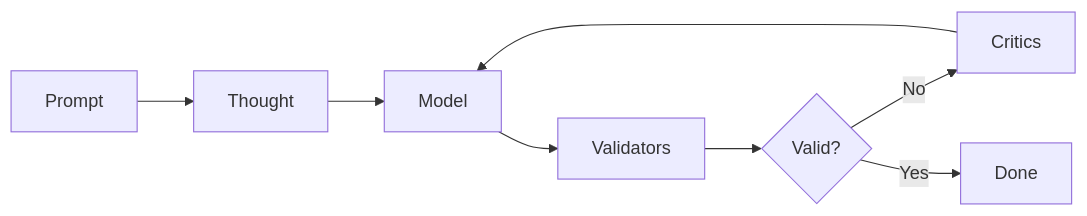
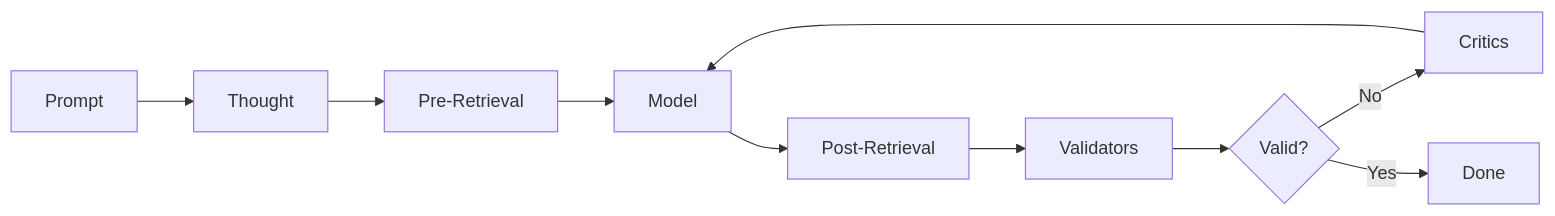
One commit to sifaka-ai/sifaka changed the diagram in docs/ARCHITECTURE.md. Above: the diagram before and after it, drawn with Mermaid. The commit also changed other lines of this file and 23 other files, not shown here.

````diff
--- a/docs/ARCHITECTURE.md
+++ b/docs/ARCHITECTURE.md
@@ -13,10 +15,12 @@
 ```mermaid
 graph LR
     A[Prompt] --> B[Thought]
-    B --> C[Model]
-    C --> D[Validators]
-    D --> E{Valid?}
-    E -->|No| F[Critics]
-    F --> C
-    E -->|Yes| G[Done]
+    B --> C[Pre-Retrieval]
+    C --> D[Model]
+    D --> E[Post-Retrieval]
+    E --> F[Validators]
+    F --> G{Valid?}
+    G -->|No| H[Critics]
+    H --> D
+    G -->|Yes| I[Done]
 ```
````
